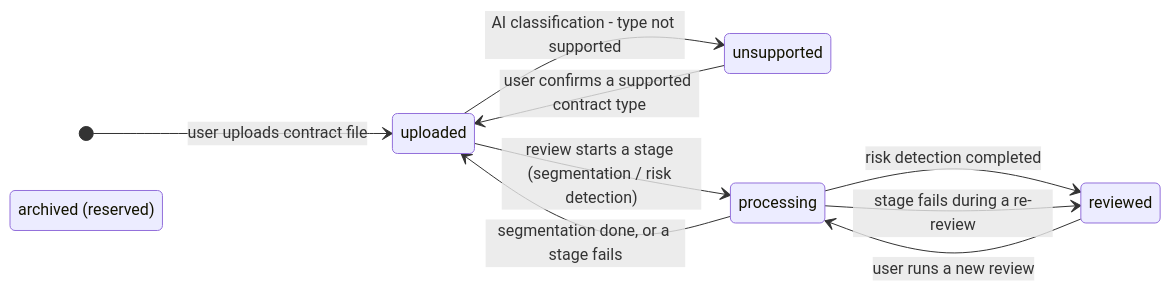
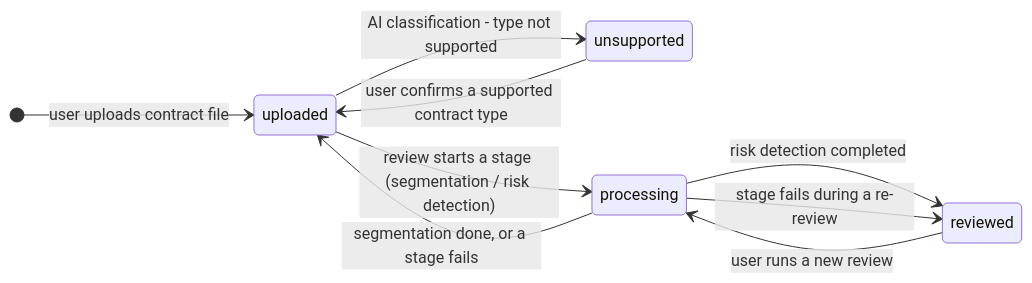
The first of 2 diagrams in docs/ai-review/srs/ai-review-states.md (dangquyen-91/ai-contract-review-sme), drawn with Mermaid before and after one commit. The commit also changed other lines of this file and 12 other files, not shown here.

First line of the commit message:
Add editable state machine diagrams

````diff
--- a/docs/ai-review/srs/ai-review-states.md
+++ b/docs/ai-review/srs/ai-review-states.md
@@ -14,13 +14,12 @@
 ```mermaid
 stateDiagram-v2
     direction LR
     [*] --> uploaded : user uploads contract file
     uploaded --> unsupported : AI classification - type not supported
     unsupported --> uploaded : user confirms a supported contract type
     uploaded --> processing : review starts a stage (segmentation / risk detection)
     processing --> uploaded : segmentation done, or a stage fails
     processing --> reviewed : risk detection completed
     reviewed --> processing : user runs a new review
     processing --> reviewed : stage fails during a re-review
-    archived : archived (reserved)
 ```
````
